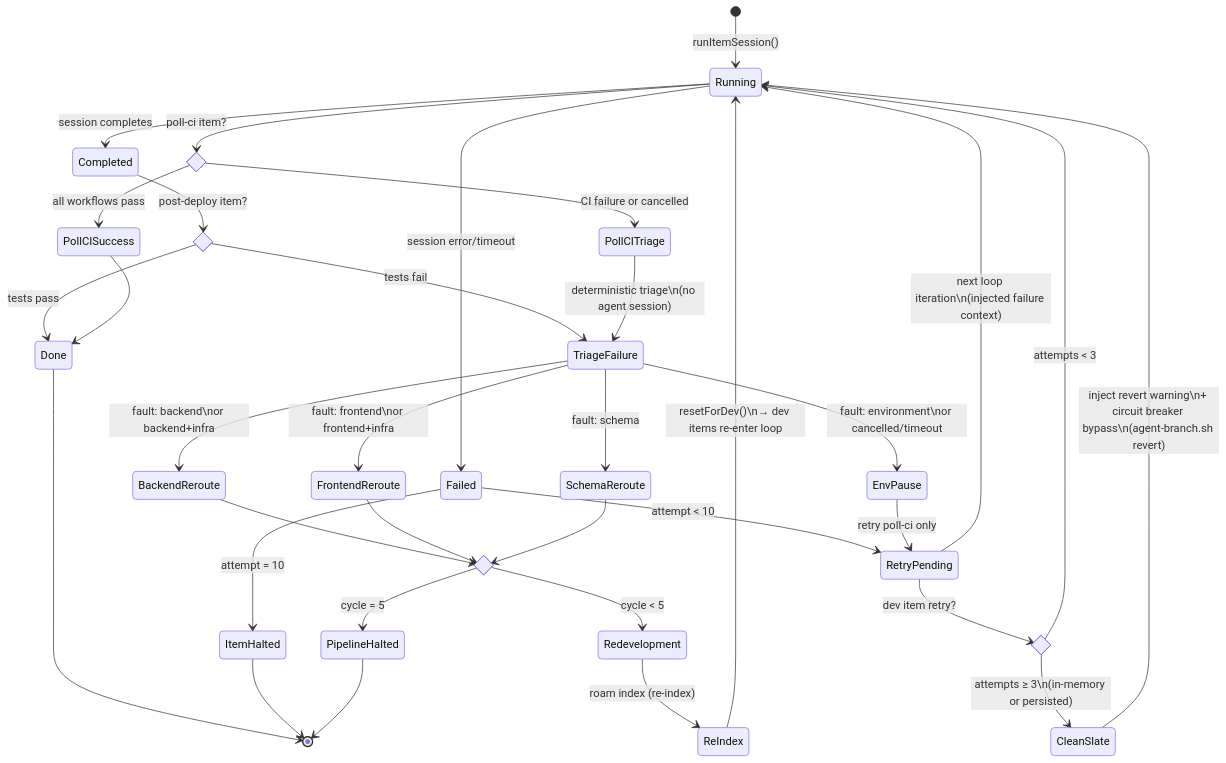
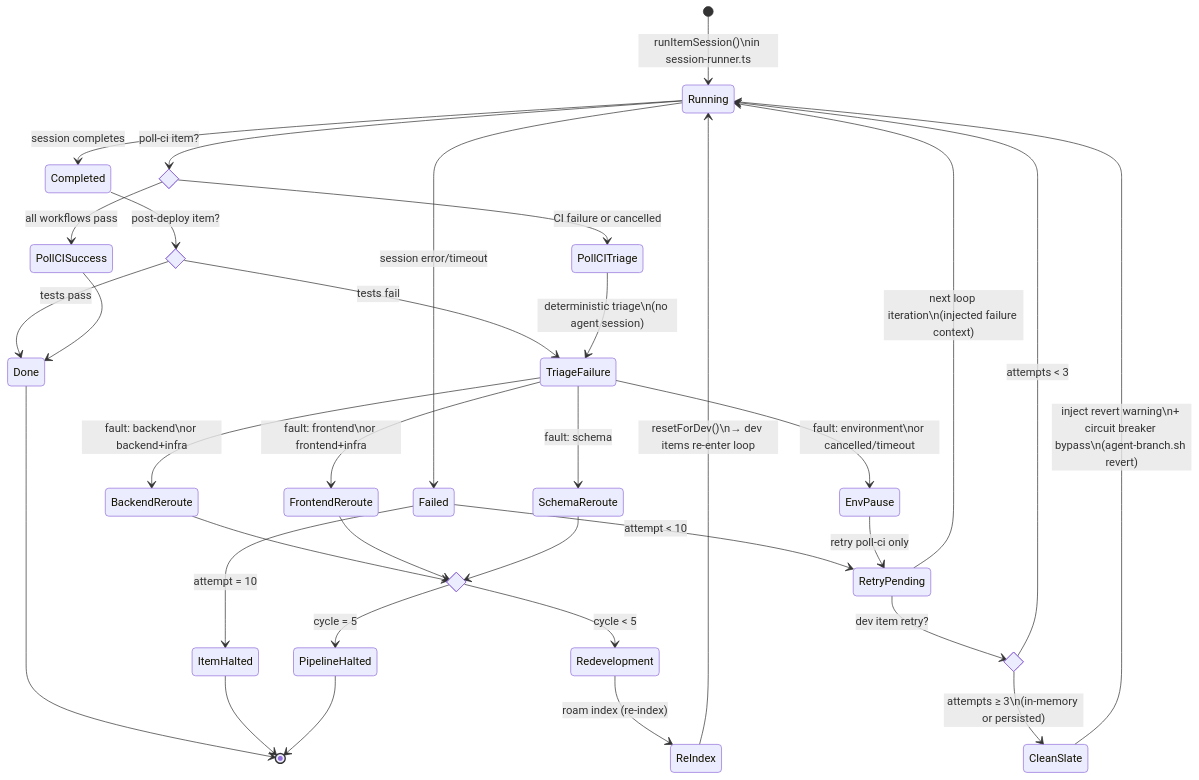
The third of 5 diagrams in tools/autonomous-factory/docs/01-watchdog.md (RomanKaliupinMelonusa/DAGent-t), drawn with Mermaid before and after one commit. The commit also changed other lines of this file and 16 other files, not shown here.

````diff
--- a/tools/autonomous-factory/docs/01-watchdog.md
+++ b/tools/autonomous-factory/docs/01-watchdog.md
@@ -111,53 +115,53 @@
 ```mermaid
 stateDiagram-v2
-    [*] --> Running: runItemSession()
+    [*] --> Running: runItemSession()\nin session-runner.ts
 
     Running --> Completed: session completes
     Running --> Failed: session error/timeout
 
     Failed --> RetryPending: attempt < 10
     Failed --> ItemHalted: attempt = 10
 
     RetryPending --> Running: next loop iteration\n(injected failure context)
 
     state PostDeployCheck <<choice>>
     Completed --> PostDeployCheck: post-deploy item?
     PostDeployCheck --> Done: tests pass
     PostDeployCheck --> TriageFailure: tests fail
 
     state PollCICheck <<choice>>
     Running --> PollCICheck: poll-ci item?
     PollCICheck --> PollCISuccess: all workflows pass
     PollCICheck --> PollCITriage: CI failure or cancelled
 
     PollCISuccess --> Done
     PollCITriage --> TriageFailure: deterministic triage\n(no agent session)
 
     TriageFailure --> BackendReroute: fault: backend\nor backend+infra
     TriageFailure --> FrontendReroute: fault: frontend\nor frontend+infra
     TriageFailure --> SchemaReroute: fault: schema
     TriageFailure --> EnvPause: fault: environment\nor cancelled/timeout
 
     state CycleCheck <<choice>>
     BackendReroute --> CycleCheck
     FrontendReroute --> CycleCheck
     SchemaReroute --> CycleCheck
     CycleCheck --> Redevelopment: cycle < 5
     CycleCheck --> PipelineHalted: cycle = 5
 
     EnvPause --> RetryPending: retry poll-ci only
 
     Redevelopment --> ReIndex: roam index (re-index)
     ReIndex --> Running: resetForDev()\n→ dev items re-enter loop
 
     state RevertCheck <<choice>>
     RetryPending --> RevertCheck: dev item retry?
     RevertCheck --> CleanSlate: attempts ≥ 3\n(in-memory or persisted)
     RevertCheck --> Running: attempts < 3
 
     CleanSlate --> Running: inject revert warning\n+ circuit breaker bypass\n(agent-branch.sh revert)
 
     Done --> [*]
     ItemHalted --> [*]
     PipelineHalted --> [*]
 ```
````
